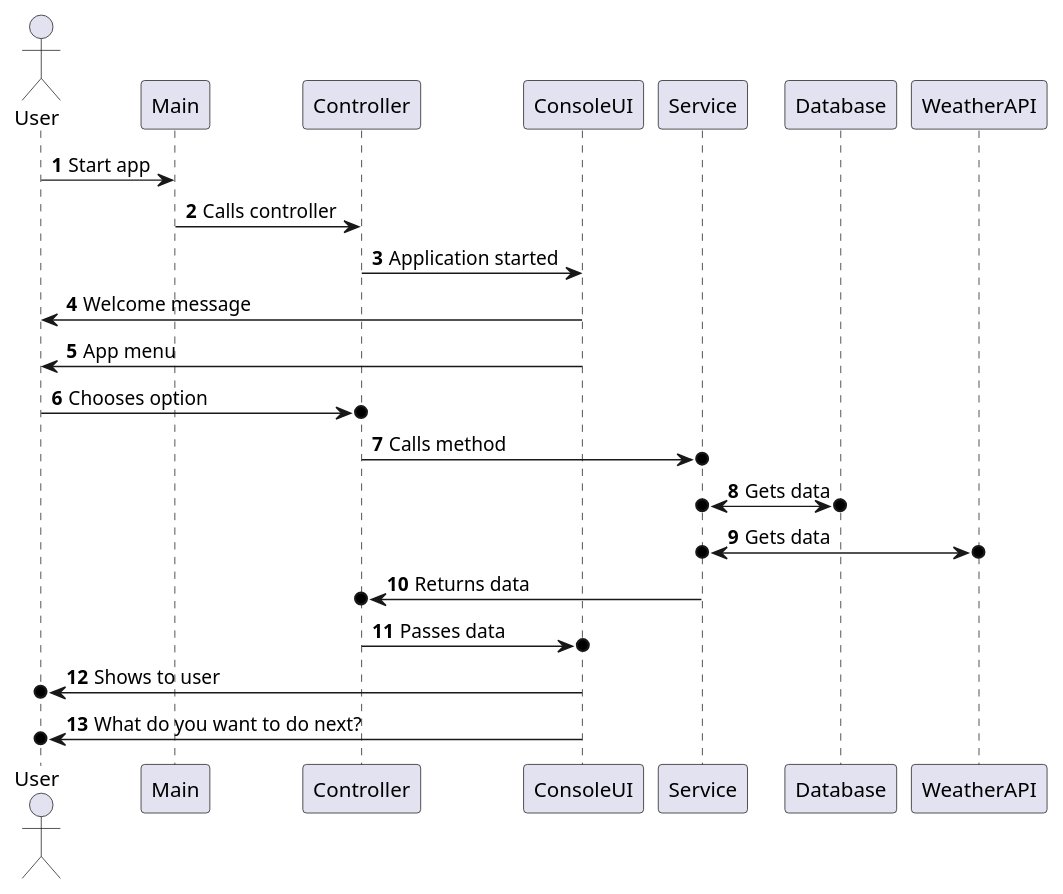
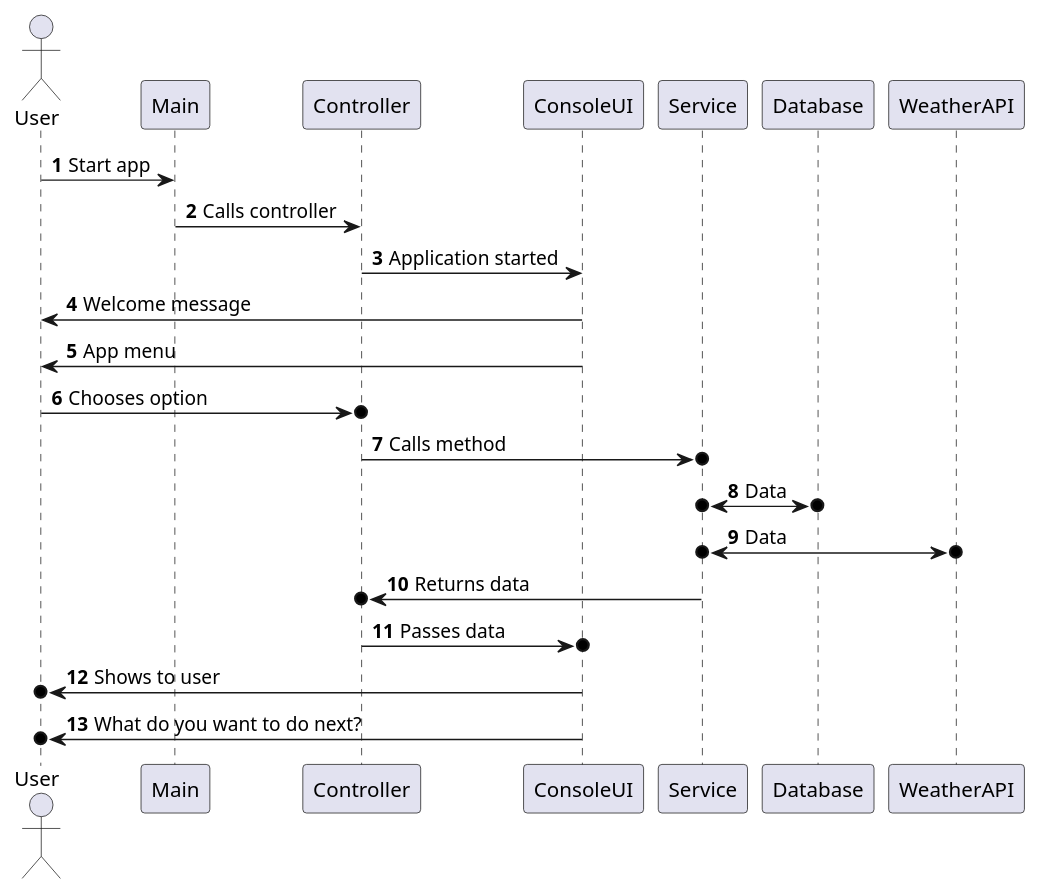
The diagram in project structure.puml (MarcelBuday/FirstJointProject), drawn with PlantUML before and after one commit.

Commit message:
project structure update

```diff
--- a/project structure.puml
+++ b/project structure.puml
@@ -1,19 +1,20 @@
 @startuml
 'https://plantuml.com/sequence-diagram
 
 autonumber
 actor User
 User -> Main: Start app
 Main -> Controller: Calls controller
 Controller -> ConsoleUI: Application started
 ConsoleUI -> User: Welcome message
 ConsoleUI -> User: App menu
 User ->o Controller: Chooses option
 Controller ->o Service: Calls method
-Service o<->o Database: Gets data
-Service o<->o WeatherAPI: Gets data
+Service o<->o Database: Data
+
+Service o<->o WeatherAPI: Data
 Service ->o Controller: Returns data
 Controller ->o ConsoleUI: Passes data
 ConsoleUI ->o User: Shows to user
 ConsoleUI ->o User: What do you want to do next?
 @enduml
```
